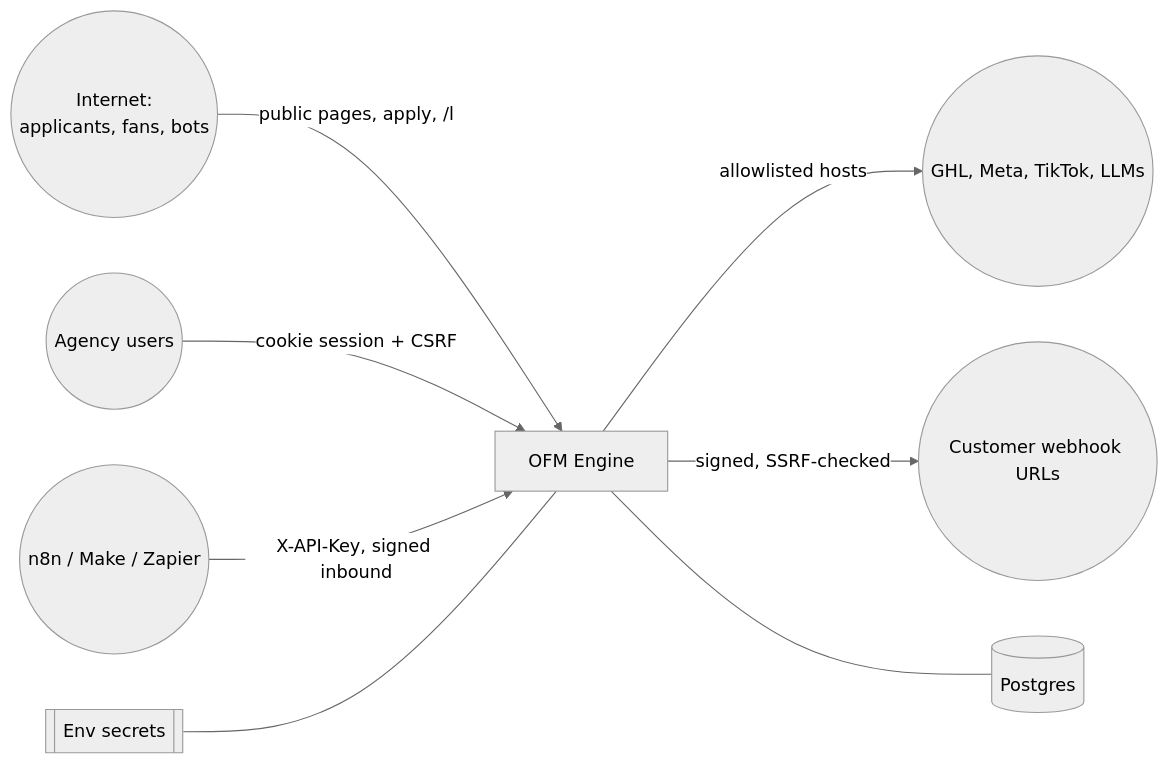
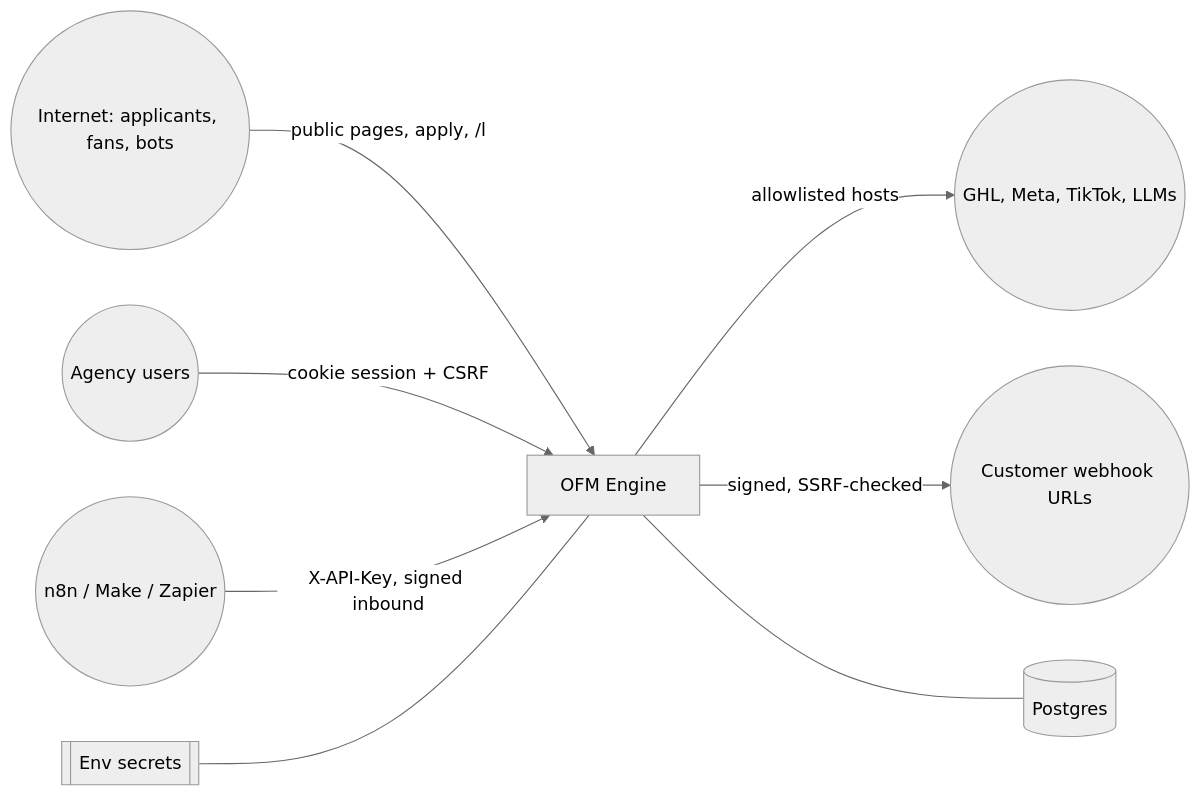
Before and after one commit to fernandogarzaaa/OMFE: the diagram in docs/security.md, drawn with Mermaid (neutral theme). The commit also changed 2 other files, not shown here.

Commit message:
docs: mermaid label quoting; backend.md route note

````diff
--- a/docs/security.md
+++ b/docs/security.md
@@ -20,10 +20,10 @@
 ```mermaid
 flowchart LR
-  I((Internet:<br/>applicants, fans, bots)) -->|public pages, apply, /l| E[OFM Engine]
-  U((Agency users)) -->|cookie session + CSRF| E
-  T((n8n / Make / Zapier)) -->|X-API-Key, signed inbound| E
-  E -->|allowlisted hosts| P((GHL, Meta, TikTok, LLMs))
-  E -->|signed, SSRF-checked| H((Customer webhook URLs))
-  E --- D[(Postgres)]
-  K[[Env secrets]] --- E
+  I(("Internet: applicants, fans, bots")) -->|"public pages, apply, /l"| E["OFM Engine"]
+  U(("Agency users")) -->|"cookie session + CSRF"| E
+  T(("n8n / Make / Zapier")) -->|"X-API-Key, signed inbound"| E
+  E -->|"allowlisted hosts"| P(("GHL, Meta, TikTok, LLMs"))
+  E -->|"signed, SSRF-checked"| H(("Customer webhook URLs"))
+  E --- D[("Postgres")]
+  K[["Env secrets"]] --- E
 ```
````
